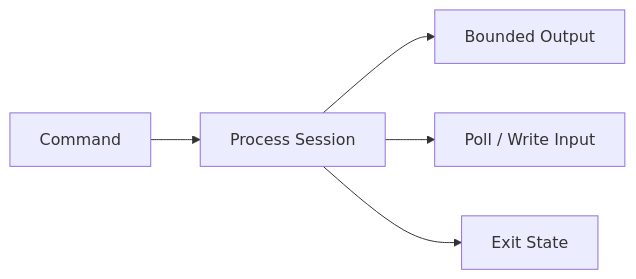
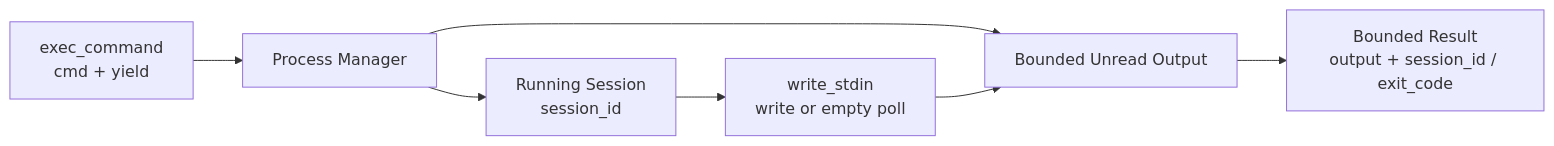
The diagram in s04_shell_execution/README.md (zz1403489227-crypto/learn-codex), drawn with Mermaid before and after one commit. The commit also changed other lines of this file and 5 other files, not shown here.

````diff
--- a/s04_shell_execution/README.md
+++ b/s04_shell_execution/README.md
@@ -3,7 +3,9 @@
 ```mermaid
 flowchart LR
-    C["Command"] --> P["Process Session"]
-    P --> B["Bounded Output"]
-    P --> W["Poll / Write Input"]
-    P --> X["Exit State"]
+    C["exec_command<br/>cmd + yield"] --> P["Process Manager"]
+    P --> B["Bounded Unread Output"]
+    P --> S["Running Session<br/>session_id"]
+    S --> W["write_stdin<br/>write or empty poll"]
+    W --> B
+    B --> R["Bounded Result<br/>output + session_id / exit_code"]
 ```
````
